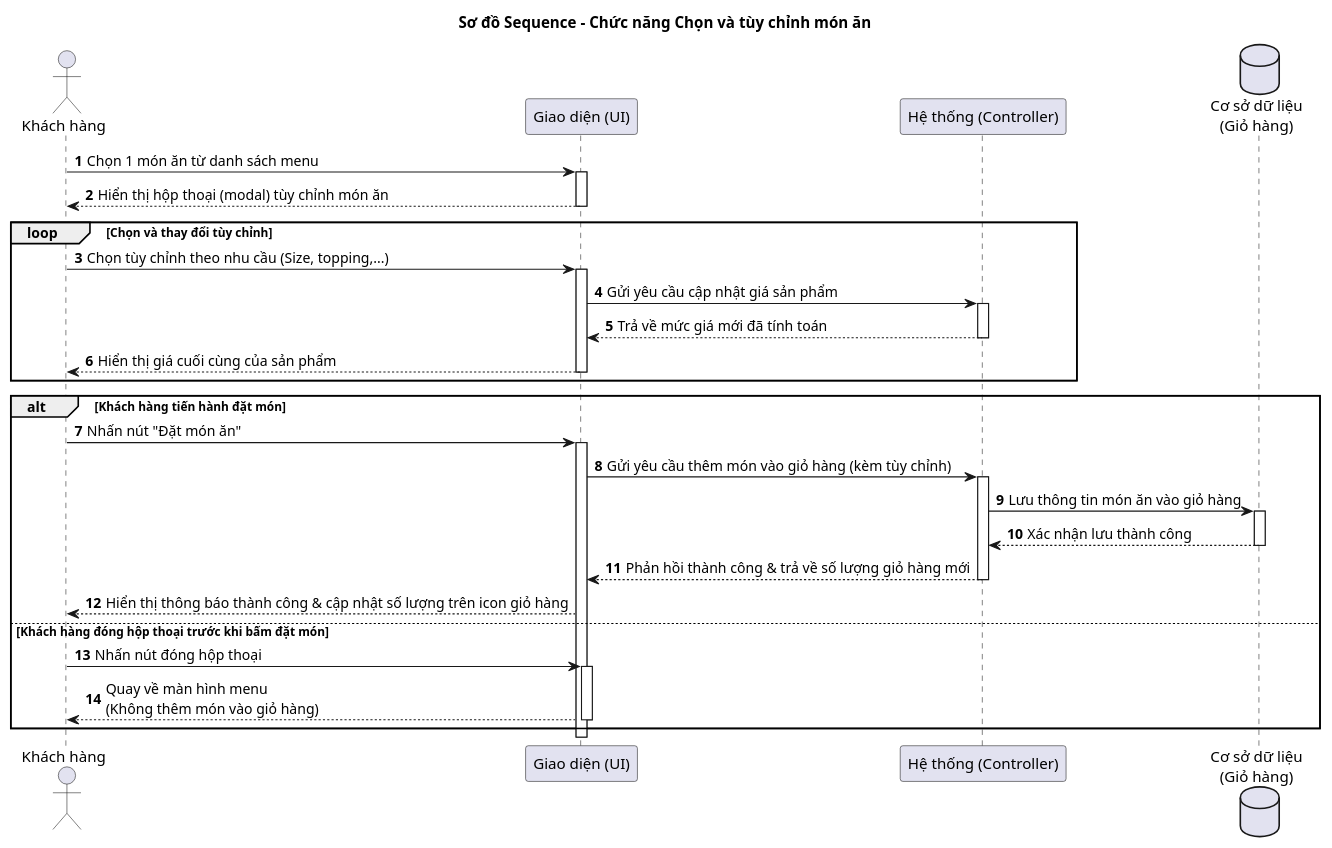
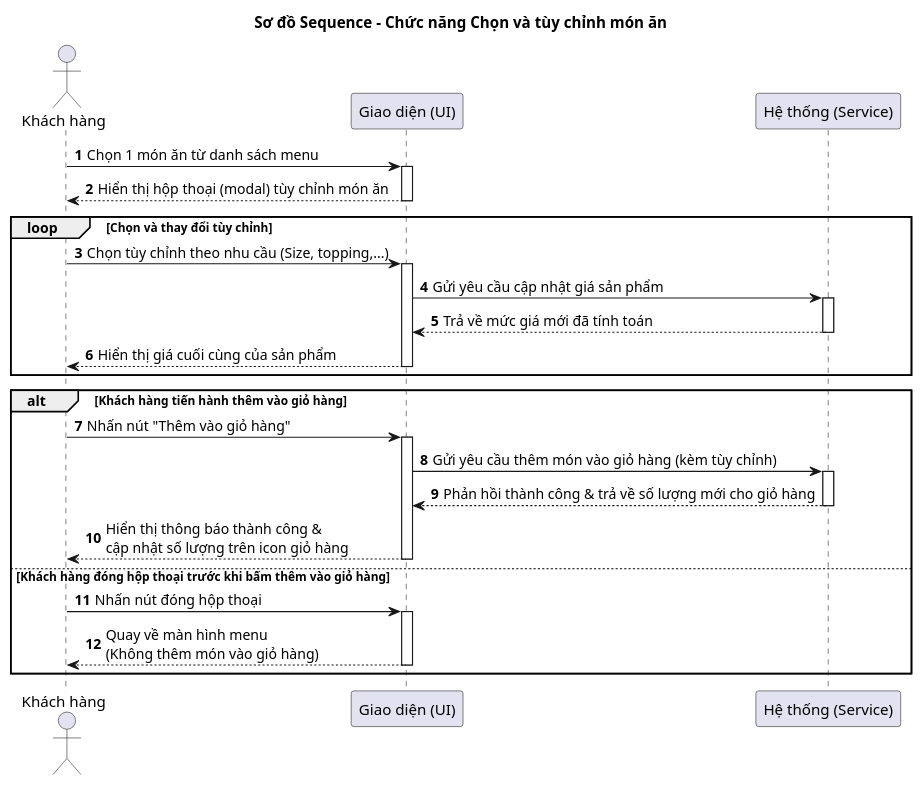
Before and after one commit to Phuc280106/BrewLite2: the diagram in docs/diagrams/product-detail/sequence-product-detail.puml, drawn with PlantUML. The commit also changed 1 other file, not shown here.

Commit message:
docs(diagrams): cập nhật sequence diagram product-detail

```diff
--- a/docs/diagrams/product-detail/sequence-product-detail.puml
+++ b/docs/diagrams/product-detail/sequence-product-detail.puml
@@ -1,37 +1,29 @@
 @startuml
-title Sơ đồ Sequence - Chức năng Chọn và tùy chỉnh món ăn 
+title Sơ đồ Sequence - Chức năng Chọn và tùy chỉnh món ăn
 autonumber
 
 actor "Khách hàng" as Customer
 participant "Giao diện (UI)" as UI
-participant "Hệ thống (Controller)" as System
-database "Cơ sở dữ liệu\n(Giỏ hàng)" as DB
-
+participant "Hệ thống (Service)" as System
 
 Customer -> UI ++: Chọn 1 món ăn từ danh sách menu
 UI --> Customer --: Hiển thị hộp thoại (modal) tùy chỉnh món ăn
 
 loop Chọn và thay đổi tùy chỉnh
     Customer -> UI ++: Chọn tùy chỉnh theo nhu cầu (Size, topping,...)
     UI -> System ++: Gửi yêu cầu cập nhật giá sản phẩm
     System --> UI --: Trả về mức giá mới đã tính toán
     UI --> Customer --: Hiển thị giá cuối cùng của sản phẩm
 end
 
-alt Khách hàng tiến hành đặt món 
-
-Customer -> UI ++: Nhấn nút "Đặt món ăn"
-UI -> System ++: Gửi yêu cầu thêm món vào giỏ hàng (kèm tùy chỉnh)
-System -> DB ++: Lưu thông tin món ăn vào giỏ hàng
-DB --> System --: Xác nhận lưu thành công
-System --> UI --: Phản hồi thành công & trả về số lượng giỏ hàng mới
-UI --> Customer: Hiển thị thông báo thành công & cập nhật số lượng trên icon giỏ hàng
-
-
-
-else Khách hàng đóng hộp thoại trước khi bấm đặt món
-    Customer -> UI ++: Nhấn nút đóng hộp thoại 
+alt Khách hàng tiến hành thêm vào giỏ hàng
+    Customer -> UI ++: Nhấn nút "Thêm vào giỏ hàng"
+    UI -> System ++: Gửi yêu cầu thêm món vào giỏ hàng (kèm tùy chỉnh)
+    System --> UI --: Phản hồi thành công & trả về số lượng mới cho giỏ hàng
+    UI --> Customer --: Hiển thị thông báo thành công &\ncập nhật số lượng trên icon giỏ hàng
+else Khách hàng đóng hộp thoại trước khi bấm thêm vào giỏ hàng
+    Customer -> UI ++: Nhấn nút đóng hộp thoại
     UI --> Customer --: Quay về màn hình menu\n(Không thêm món vào giỏ hàng)
 end
 
 @enduml
```
